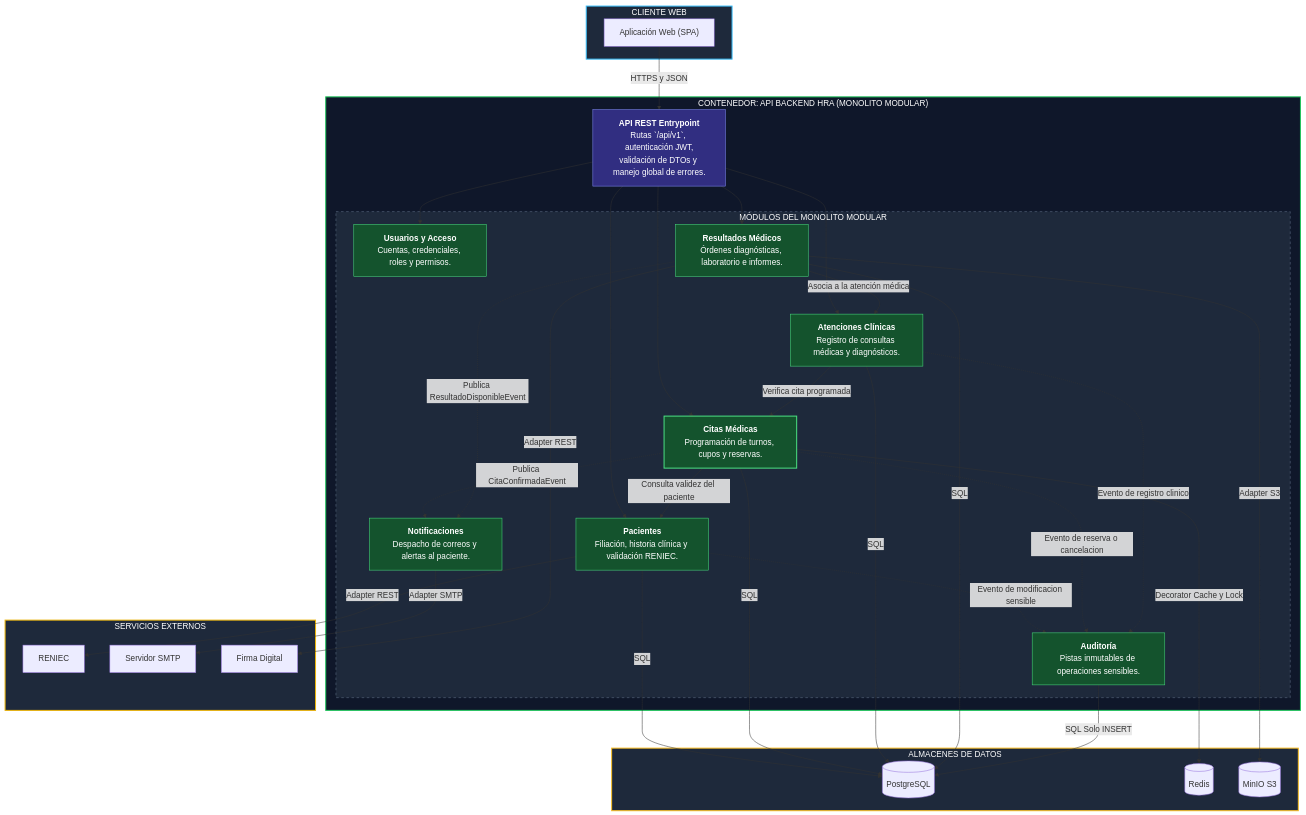
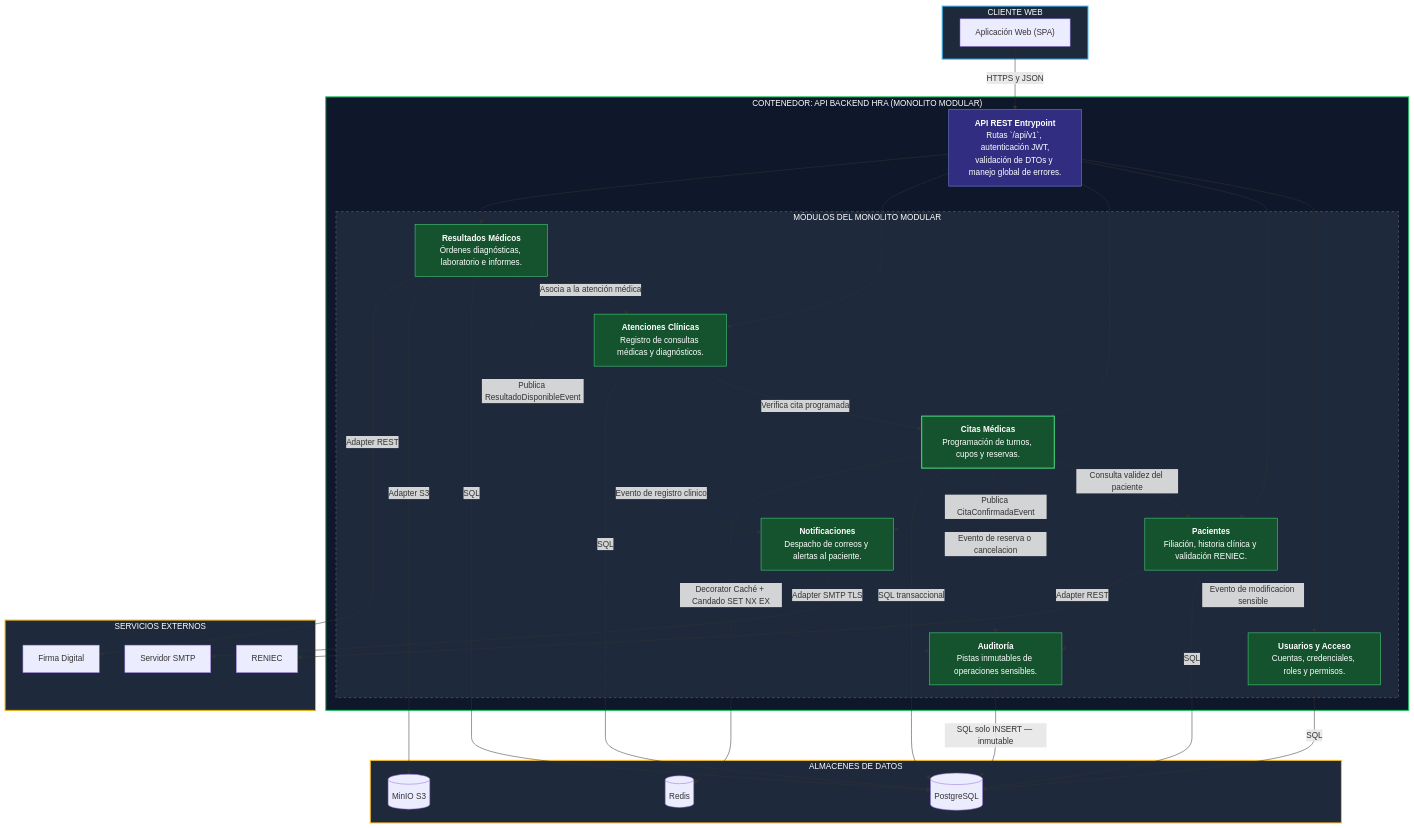
The diagram in Docs/04-modelo-c4/Nivel3-Diagrama-de-Componentes.md (Pierrot-01/Proyecto_Hospital), drawn with Mermaid before and after one commit. The commit also changed other lines of this file and 21 other files, not shown here.

Commit message:
docs(c4): actualizar diagramas mermaid C4 con etiquetas de imagen, imagenes renderizadas y guia de sustentacion

```diff
--- a/Docs/04-modelo-c4/Nivel3-Diagrama-de-Componentes.md
+++ b/Docs/04-modelo-c4/Nivel3-Diagrama-de-Componentes.md
@@ -78,16 +80,17 @@
 Atenciones -.->|Evento de registro clinico| Auditoria
 
 %% Módulos a infraestructura / externos
-Pacientes -->|SQL| BD
-Pacientes -->|Adapter REST| RENIEC
-Citas -->|SQL| BD
-Citas -->|Decorator Cache y Lock| Cache
-Atenciones -->|SQL| BD
-Resultados -->|SQL| BD
-Resultados -->|Adapter S3| Storage
-Resultados -->|Adapter REST| Firma
-Notificaciones -->|Adapter SMTP| SMTP
-Auditoria -->|SQL Solo INSERT| BD
+Pacientes -->|"SQL"| BD
+Pacientes -->|"Adapter REST"| RENIEC
+Citas -->|"SQL transaccional"| BD
+Citas -->|"Decorator Caché + Candado SET NX EX"| Cache
+Atenciones -->|"SQL"| BD
+Resultados -->|"SQL"| BD
+Resultados -->|"Adapter S3"| Storage
+Resultados -->|"Adapter REST"| Firma
+Notificaciones -->|"Adapter SMTP TLS"| SMTP
+Auditoria -->|"SQL solo INSERT — inmutable"| BD
+Usuarios -->|"SQL"| BD
 
 %% Estilos
 style ENTRADA fill:#1e293b,stroke:#38bdf8,stroke-width:2px,color:#fff
```
